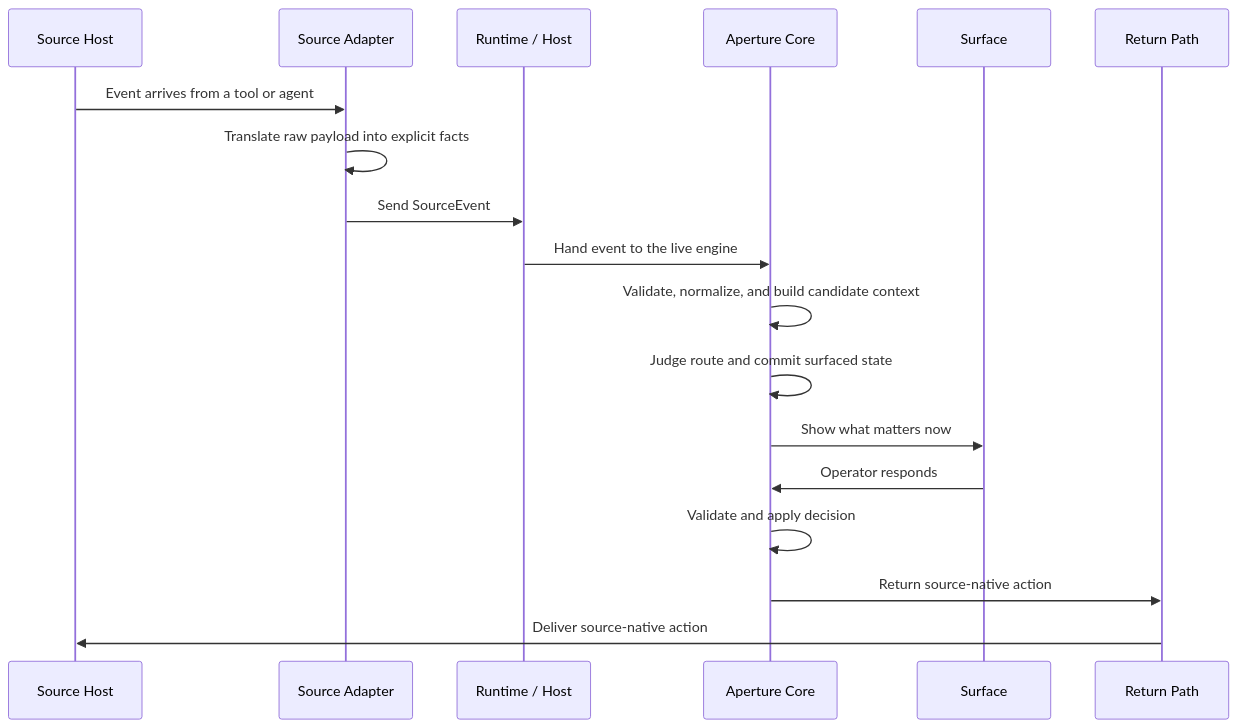
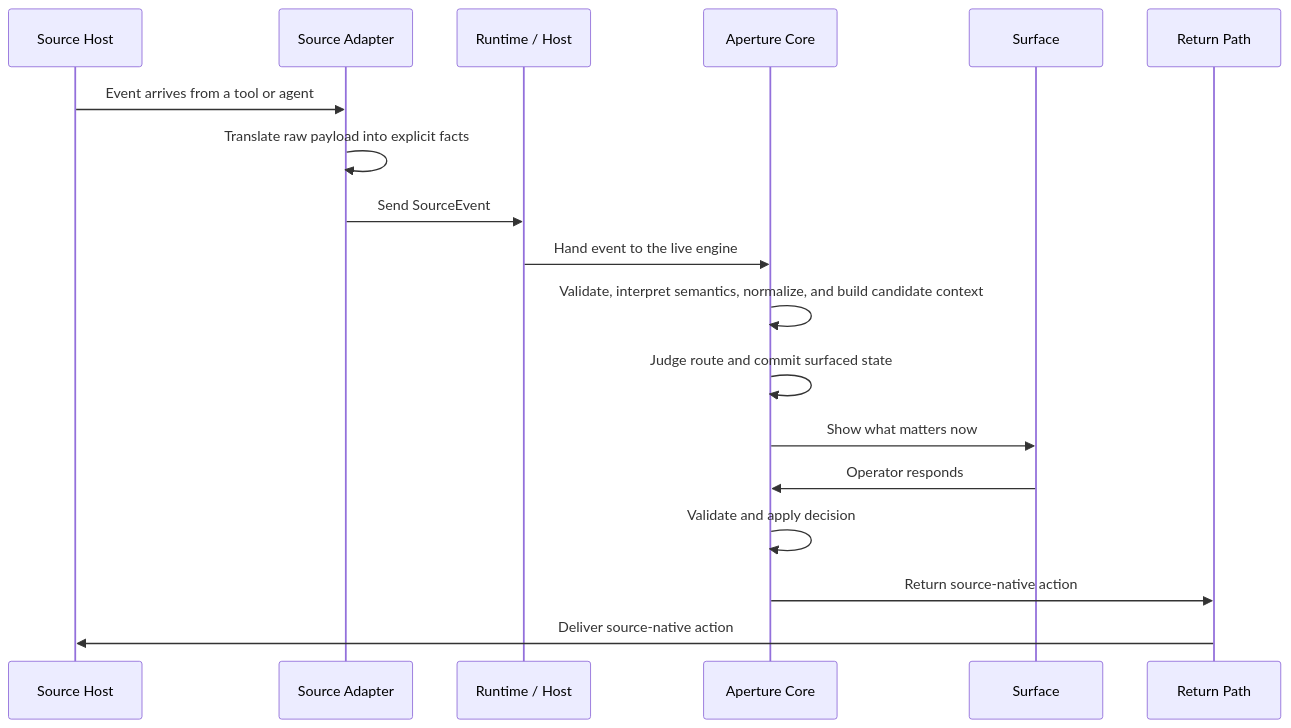
The second of 4 diagrams in docs/product/architecture-overview.md (tomismeta/aperture), drawn with Mermaid before and after one commit. The commit also changed other lines of this file and 23 other files, not shown here.

````diff
--- a/docs/product/architecture-overview.md
+++ b/docs/product/architecture-overview.md
@@ -195,21 +199,21 @@
 ```mermaid
 sequenceDiagram
   participant SH as Source Host
   participant AD as Source Adapter
   participant RT as Runtime / Host
   participant CO as Aperture Core
   participant SF as Surface
   participant RP as Return Path
 
   SH->>AD: Event arrives from a tool or agent
   AD->>AD: Translate raw payload into explicit facts
   AD->>RT: Send SourceEvent
   RT->>CO: Hand event to the live engine
-  CO->>CO: Validate, normalize, and build candidate context
+  CO->>CO: Validate, interpret semantics, normalize, and build candidate context
   CO->>CO: Judge route and commit surfaced state
   CO->>SF: Show what matters now
   SF->>CO: Operator responds
   CO->>CO: Validate and apply decision
   CO->>RP: Return source-native action
   RP->>SH: Deliver source-native action
 ```
````
